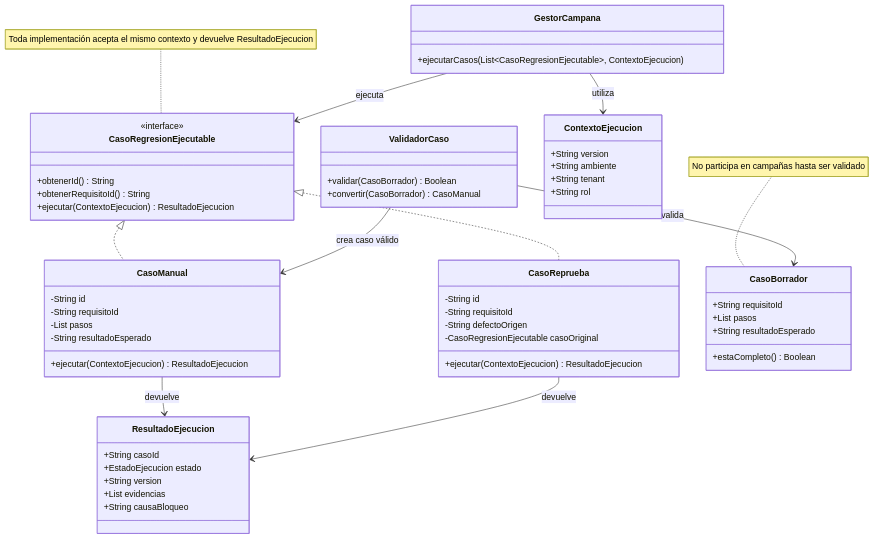
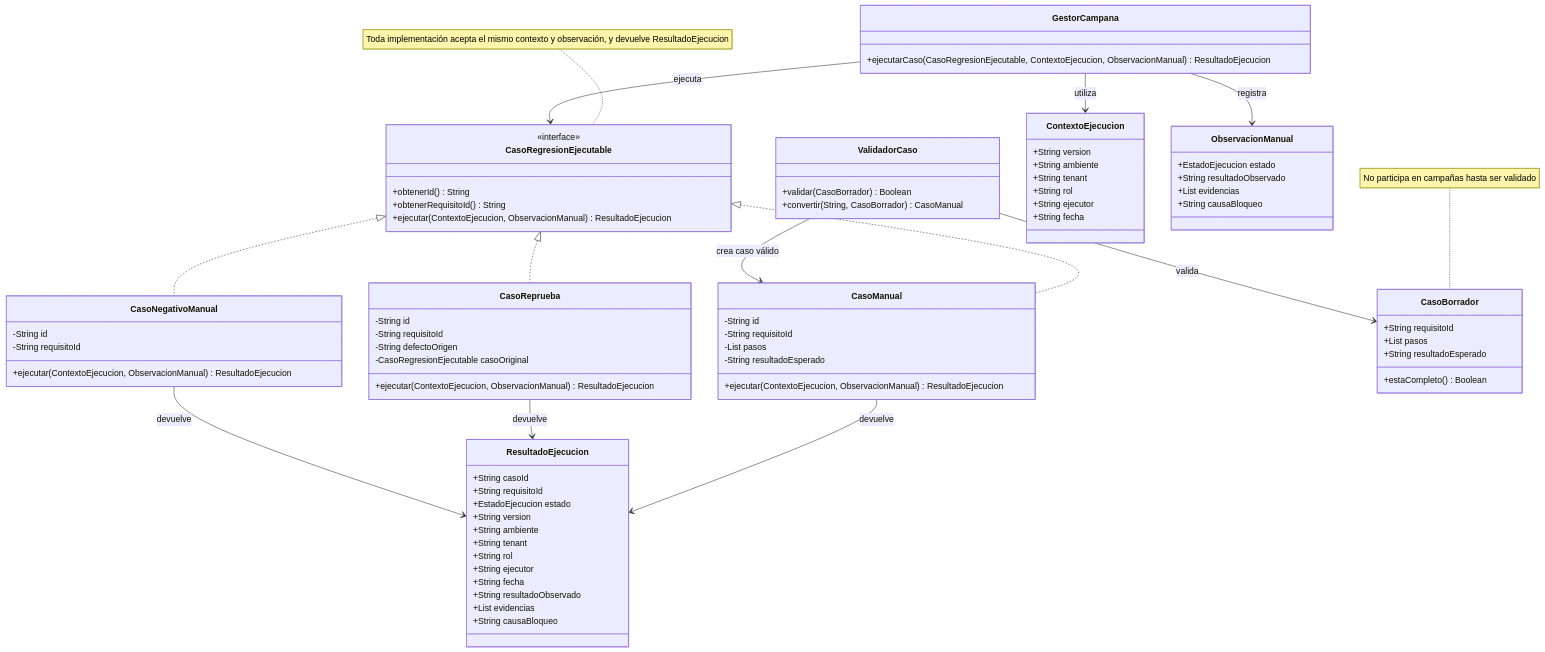
One commit to DidhyerOrtiz/asii28-qa-funcional-tareas changed the diagram in week-02/diagramas/02-diseno-despues-lsp.mmd. Above: the diagram before and after it, drawn with Mermaid. The commit also changed 11 other files, not shown here.

```diff
--- a/week-02/diagramas/02-diseno-despues-lsp.mmd
+++ b/week-02/diagramas/02-diseno-despues-lsp.mmd
@@ -1,67 +1,92 @@
 classDiagram
     direction TB
 
     class CasoRegresionEjecutable {
         <<interface>>
         +obtenerId() String
         +obtenerRequisitoId() String
-        +ejecutar(ContextoEjecucion) ResultadoEjecucion
+        +ejecutar(ContextoEjecucion, ObservacionManual) ResultadoEjecucion
     }
 
     class CasoManual {
         -String id
         -String requisitoId
         -List pasos
         -String resultadoEsperado
-        +ejecutar(ContextoEjecucion) ResultadoEjecucion
+        +ejecutar(ContextoEjecucion, ObservacionManual) ResultadoEjecucion
     }
 
     class CasoReprueba {
         -String id
         -String requisitoId
         -String defectoOrigen
         -CasoRegresionEjecutable casoOriginal
-        +ejecutar(ContextoEjecucion) ResultadoEjecucion
+        +ejecutar(ContextoEjecucion, ObservacionManual) ResultadoEjecucion
+    }
+
+    class CasoNegativoManual {
+        -String id
+        -String requisitoId
+        +ejecutar(ContextoEjecucion, ObservacionManual) ResultadoEjecucion
     }
 
     class CasoBorrador {
         +String requisitoId
         +List pasos
         +String resultadoEsperado
         +estaCompleto() Boolean
     }
 
     class ValidadorCaso {
         +validar(CasoBorrador) Boolean
-        +convertir(CasoBorrador) CasoManual
+        +convertir(String, CasoBorrador) CasoManual
     }
 
     class ContextoEjecucion {
         +String version
         +String ambiente
         +String tenant
         +String rol
+        +String ejecutor
+        +String fecha
+    }
+
+    class ObservacionManual {
+        +EstadoEjecucion estado
+        +String resultadoObservado
+        +List evidencias
+        +String causaBloqueo
     }
 
     class ResultadoEjecucion {
         +String casoId
+        +String requisitoId
         +EstadoEjecucion estado
         +String version
+        +String ambiente
+        +String tenant
+        +String rol
+        +String ejecutor
+        +String fecha
+        +String resultadoObservado
         +List evidencias
         +String causaBloqueo
     }
 
     class GestorCampana {
-        +ejecutarCasos(List~CasoRegresionEjecutable~, ContextoEjecucion)
+        +ejecutarCaso(CasoRegresionEjecutable, ContextoEjecucion, ObservacionManual) ResultadoEjecucion
     }
 
     CasoRegresionEjecutable <|.. CasoManual
     CasoRegresionEjecutable <|.. CasoReprueba
+    CasoRegresionEjecutable <|.. CasoNegativoManual
     GestorCampana --> CasoRegresionEjecutable : ejecuta
     GestorCampana --> ContextoEjecucion : utiliza
+    GestorCampana --> ObservacionManual : registra
     CasoManual --> ResultadoEjecucion : devuelve
     CasoReprueba --> ResultadoEjecucion : devuelve
+    CasoNegativoManual --> ResultadoEjecucion : devuelve
     ValidadorCaso --> CasoBorrador : valida
     ValidadorCaso --> CasoManual : crea caso válido
-    note for CasoRegresionEjecutable "Toda implementación acepta el mismo contexto y devuelve ResultadoEjecucion"
+    note for CasoRegresionEjecutable "Toda implementación acepta el mismo contexto y observación, y devuelve ResultadoEjecucion"
     note for CasoBorrador "No participa en campañas hasta ser validado"
```
